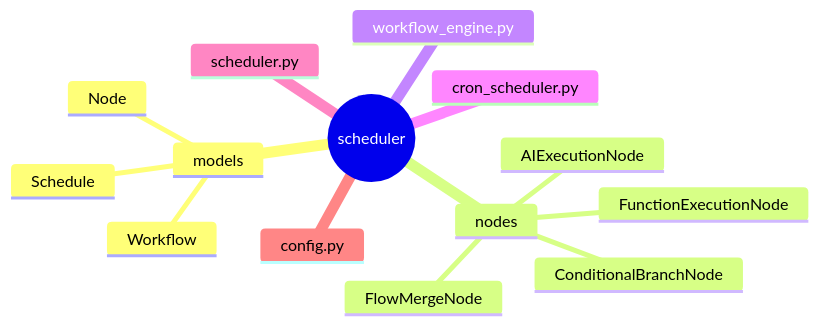
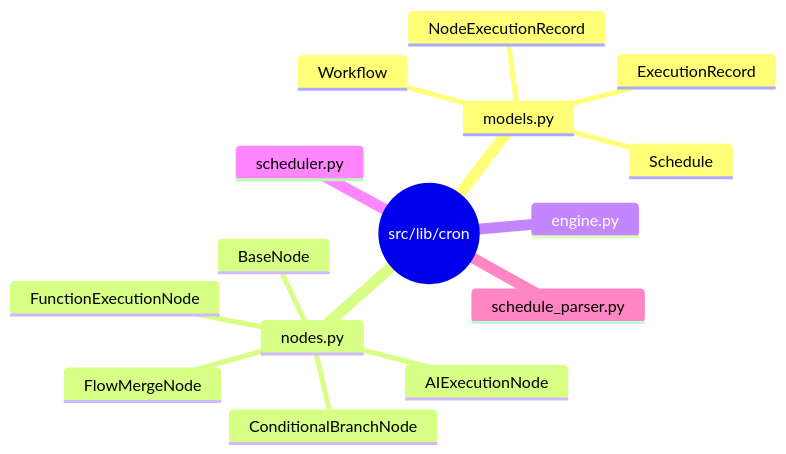
One commit to AmreetKumarkhuntia/knik changed the first of 5 diagrams in docs/guides/scheduler.md. Above: the diagram before and after it, drawn with Mermaid. The commit also changed other lines of this file and 28 other files, not shown here.

````diff
--- a/docs/guides/scheduler.md
+++ b/docs/guides/scheduler.md
@@ -22,17 +23,18 @@
 ```mermaid
 mindmap
-  root((scheduler))
-    models
+  root((src/lib/cron))
+    models.py
       Workflow
-      Node
       Schedule
-    nodes
+      ExecutionRecord
+      NodeExecutionRecord
+    nodes.py
+      BaseNode
       AIExecutionNode
       FunctionExecutionNode
       ConditionalBranchNode
       FlowMergeNode
-    workflow_engine.py
-    cron_scheduler.py
+    engine.py
     scheduler.py
-    config.py
+    schedule_parser.py
 ```
````
